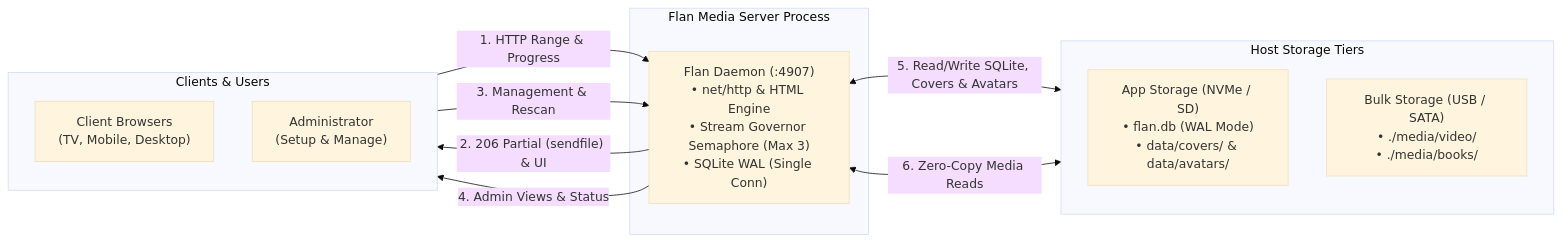
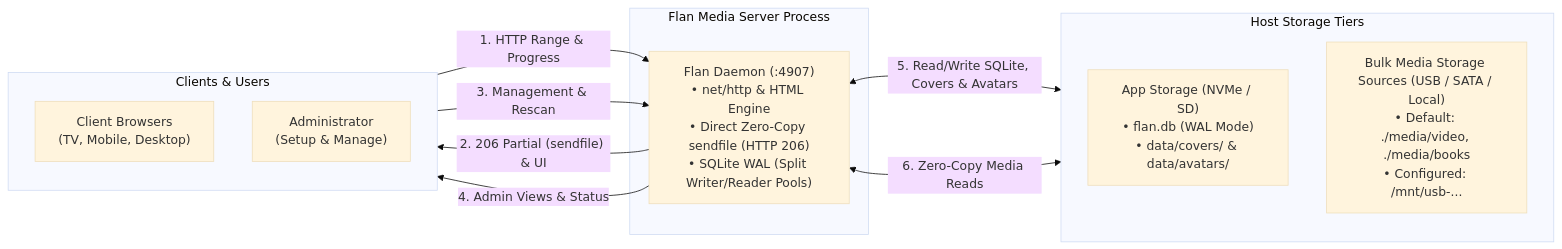
One commit to WesleyEsq/Flan-Media-Server changed the first of 6 diagrams in docs/diagrams/data-flow.md. Above: the diagram before and after it, drawn with Mermaid (base theme). The commit also changed other lines of this file and 26 other files, not shown here.

````diff
--- a/docs/diagrams/data-flow.md
+++ b/docs/diagrams/data-flow.md
@@ -11,25 +11,25 @@
 ```mermaid
 flowchart LR
     subgraph Clients["Clients & Users"]
         direction TB
         Browser["Client Browsers<br/>(TV, Mobile, Desktop)"]
         Admin["Administrator<br/>(Setup & Manage)"]
     end
 
     subgraph Core["Flan Media Server Process"]
-        Daemon["Flan Daemon (:4907)<br/>• net/http & HTML Engine<br/>• Stream Governor Semaphore (Max 3)<br/>• SQLite WAL (Single Conn)"]
+        Daemon["Flan Daemon (:4907)<br/>• net/http & HTML Engine<br/>• Direct Zero-Copy sendfile (HTTP 206)<br/>• SQLite WAL (Split Writer/Reader Pools)"]
     end
 
     subgraph Storage["Host Storage Tiers"]
         direction TB
         AppData["App Storage (NVMe / SD)<br/>• flan.db (WAL Mode)<br/>• data/covers/ & data/avatars/"]
-        BulkMedia["Bulk Storage (USB / SATA)<br/>• ./media/video/<br/>• ./media/books/"]
+        BulkMedia["Bulk Media Storage Sources (USB / SATA / Local)<br/>• Default: ./media/video, ./media/books<br/>• Configured: /mnt/usb-..."]
     end
 
     Browser -->|"1. HTTP Range & Progress"| Daemon
     Daemon -->|"2. 206 Partial (sendfile) & UI"| Browser
     Admin -->|"3. Management & Rescan"| Daemon
     Daemon -->|"4. Admin Views & Status"| Admin
     Daemon <-->|"5. Read/Write SQLite, Covers & Avatars"| AppData
     Daemon <-->|"6. Zero-Copy Media Reads"| BulkMedia
 ```
````
